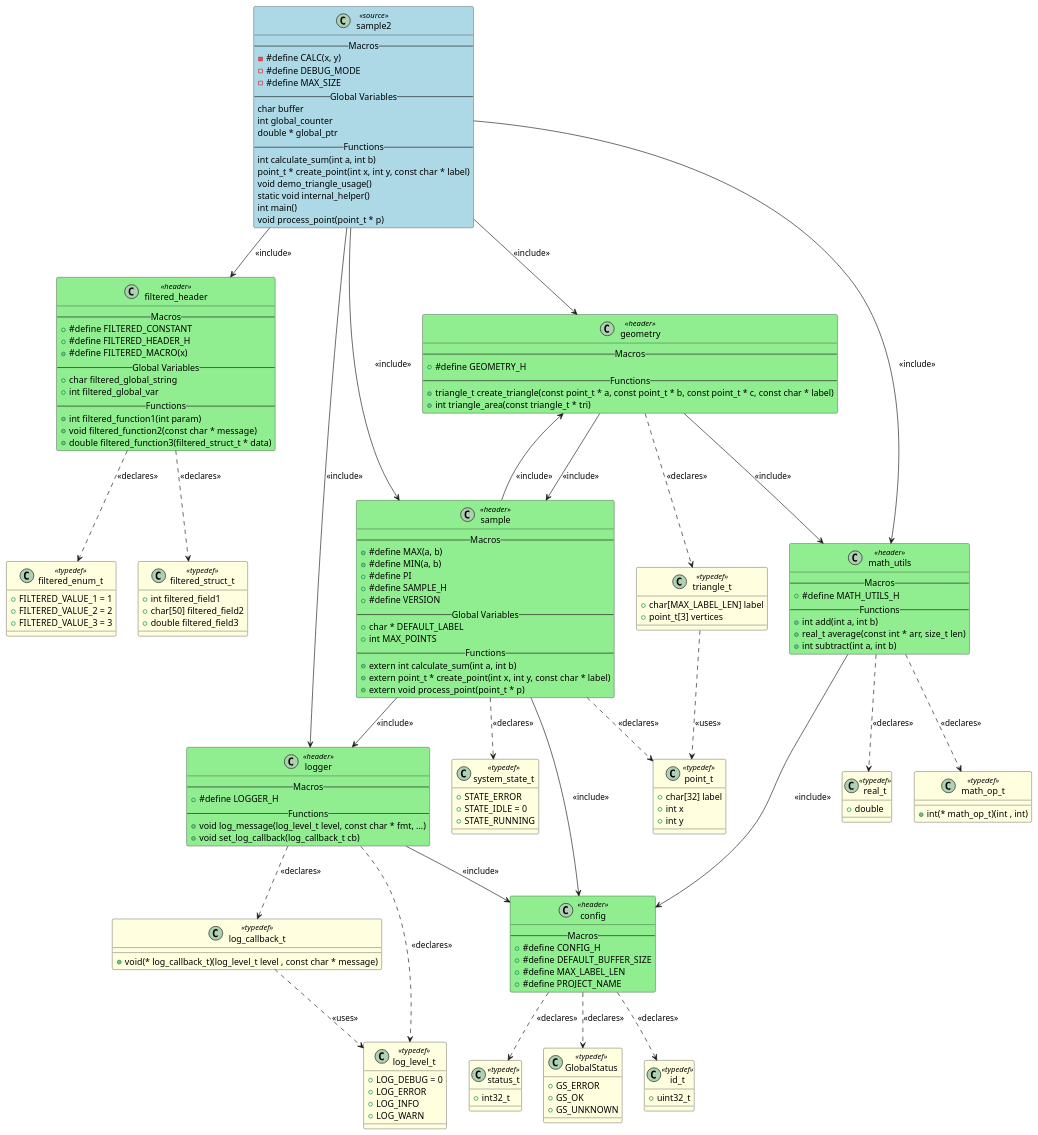
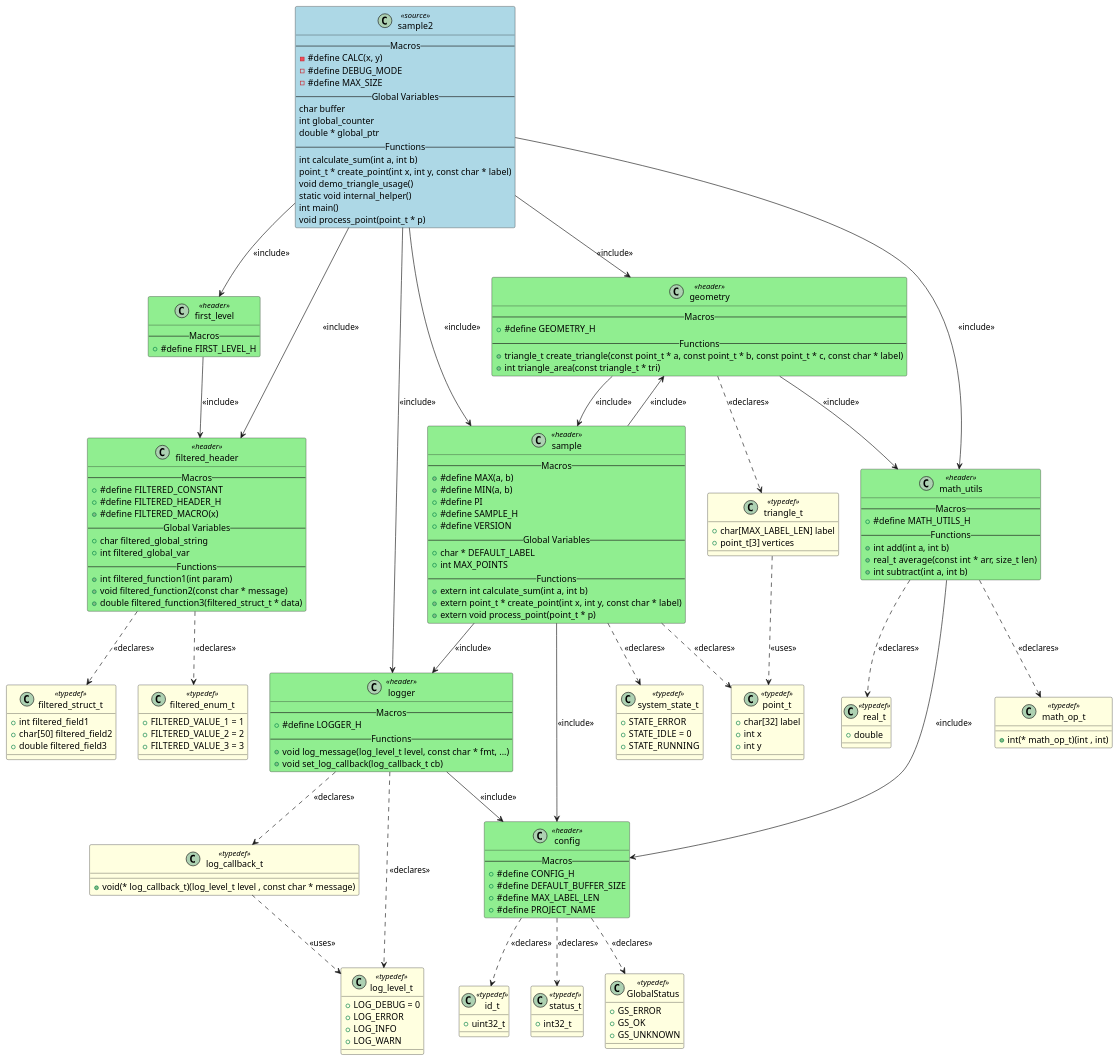
One commit to fischerjooo/c2puml changed the diagram in output/sample2.puml. Above: the diagram before and after it, drawn with PlantUML. The commit also changed 12 other files, not shown here.

Commit message:
Update config, regenerate diagrams with new include relations

```diff
--- a/output/sample2.puml
+++ b/output/sample2.puml
@@ -41,6 +41,12 @@
     + int filtered_function1(int param)
     + void filtered_function2(const char * message)
     + double filtered_function3(filtered_struct_t * data)
+}
+
+class "first_level" as HEADER_FIRST_LEVEL <<header>> #LightGreen
+{
+    -- Macros --
+    + #define FIRST_LEVEL_H
 }
 
 class "geometry" as HEADER_GEOMETRY <<header>> #LightGreen
@@ -164,6 +170,7 @@
 
 
 ' Include relationships
+HEADER_FIRST_LEVEL --> HEADER_FILTERED_HEADER : <<include>>
 HEADER_GEOMETRY --> HEADER_MATH_UTILS : <<include>>
 HEADER_GEOMETRY --> HEADER_SAMPLE : <<include>>
 HEADER_LOGGER --> HEADER_CONFIG : <<include>>
@@ -172,6 +179,7 @@
 HEADER_SAMPLE --> HEADER_GEOMETRY : <<include>>
 HEADER_SAMPLE --> HEADER_LOGGER : <<include>>
 SAMPLE2 --> HEADER_FILTERED_HEADER : <<include>>
+SAMPLE2 --> HEADER_FIRST_LEVEL : <<include>>
 SAMPLE2 --> HEADER_GEOMETRY : <<include>>
 SAMPLE2 --> HEADER_LOGGER : <<include>>
 SAMPLE2 --> HEADER_MATH_UTILS : <<include>>
```
